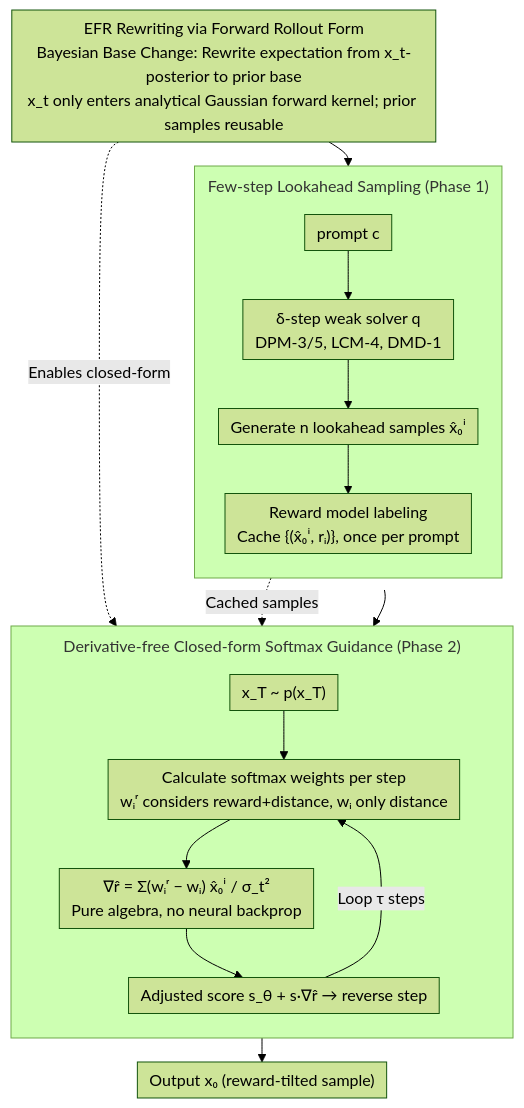
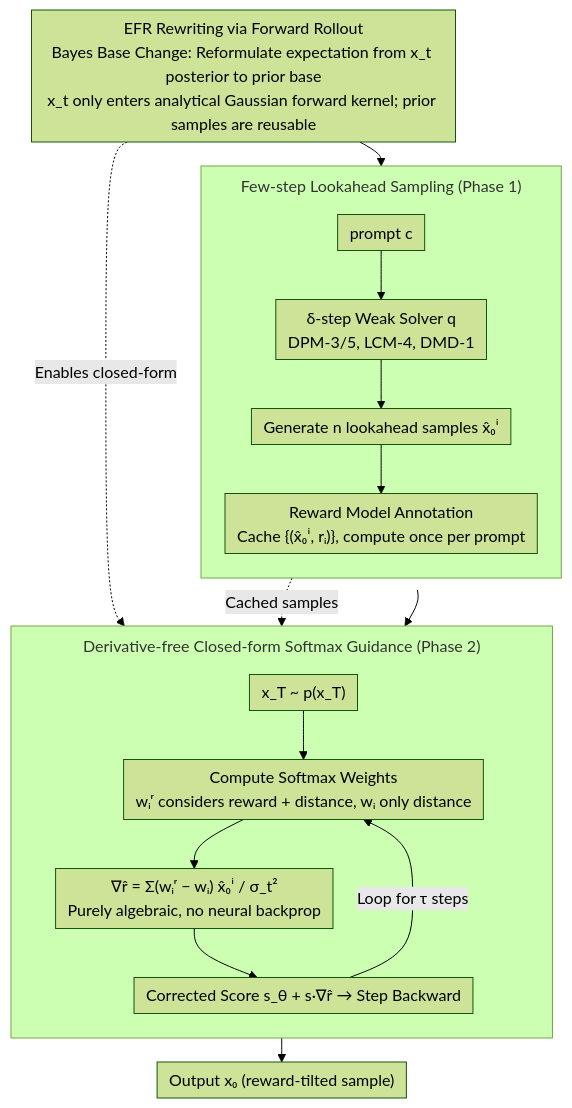
Before and after one commit to zhaoyang97/Paper-Notes-en: the diagram in docs/ICML2026/llm_reasoning/lookahead_sample_reward_guidance_for_test-time_scaling_of_diffusion_models.md, drawn with Mermaid (forest theme). The commit also changed other lines of this file and 5084 other files, not shown here.

````diff
--- a/docs/ICML2026/llm_reasoning/lookahead_sample_reward_guidance_for_test-time_scaling_of_diffusion_models.md
+++ b/docs/ICML2026/llm_reasoning/lookahead_sample_reward_guidance_for_test-time_scaling_of_diffusion_models.md
@@ -51,23 +51,23 @@
 ```mermaid
 %%{init: {'flowchart': {'rankSpacing': 24, 'nodeSpacing': 28, 'padding': 6, 'wrappingWidth': 400, 'subGraphTitleMargin': {'top': 8, 'bottom': 16}}}}%%
 flowchart TD
-    F["EFR Rewriting via Forward Rollout Form<br/>Bayesian Base Change: Rewrite expectation from x_t-posterior to prior base<br/>x_t only enters analytical Gaussian forward kernel; prior samples reusable"]
+    F["EFR Rewriting via Forward Rollout<br/>Bayes Base Change: Reformulate expectation from x_t posterior to prior base<br/>x_t only enters analytical Gaussian forward kernel; prior samples are reusable"]
     subgraph P1["Few-step Lookahead Sampling (Phase 1)"]
         direction TB
-        A["prompt c"] --> B["δ-step weak solver q<br/>DPM-3/5, LCM-4, DMD-1"]
+        A["prompt c"] --> B["δ-step Weak Solver q<br/>DPM-3/5, LCM-4, DMD-1"]
         B --> C["Generate n lookahead samples x̂₀ⁱ"]
-        C --> D["Reward model labeling<br/>Cache {(x̂₀ⁱ, rᵢ)}, once per prompt"]
+        C --> D["Reward Model Annotation<br/>Cache {(x̂₀ⁱ, rᵢ)}, compute once per prompt"]
     end
     subgraph P2["Derivative-free Closed-form Softmax Guidance (Phase 2)"]
         direction TB
-        G["x_T ~ p(x_T)"] --> H["Calculate softmax weights per step<br/>wᵢʳ considers reward+distance, wᵢ only distance"]
-        H --> I["∇r̂ = Σ(wᵢʳ − wᵢ) x̂₀ⁱ / σ_t²<br/>Pure algebra, no neural backprop"]
-        I --> J["Adjusted score s_θ + s·∇r̂ → reverse step"]
-        J -->|Loop τ steps| H
+        G["x_T ~ p(x_T)"] --> H["Compute Softmax Weights<br/>wᵢʳ considers reward + distance, wᵢ only distance"]
+        H --> I["∇r̂ = Σ(wᵢʳ − wᵢ) x̂₀ⁱ / σ_t²<br/>Purely algebraic, no neural backprop"]
+        I --> J["Corrected Score s_θ + s·∇r̂ → Step Backward"]
+        J -->|Loop for τ steps| H
     end
     F --> P1
     P1 --> P2
     F -.Enables closed-form.-> I
     D -.Cached samples.-> H
     J --> K["Output x₀ (reward-tilted sample)"]
 ```
````
